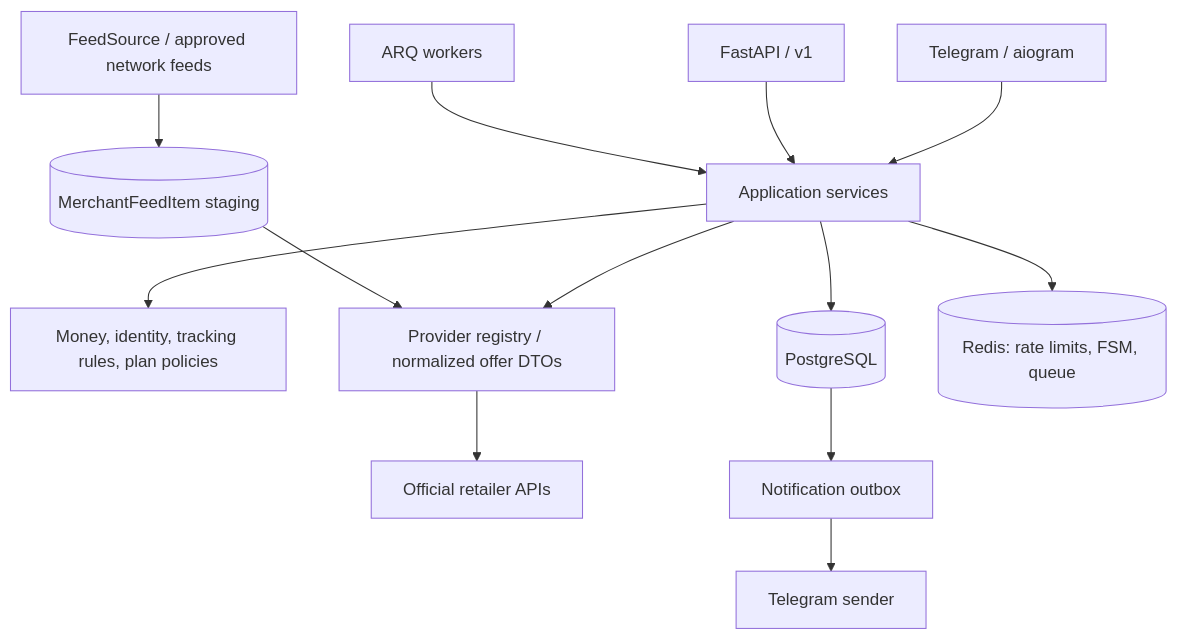
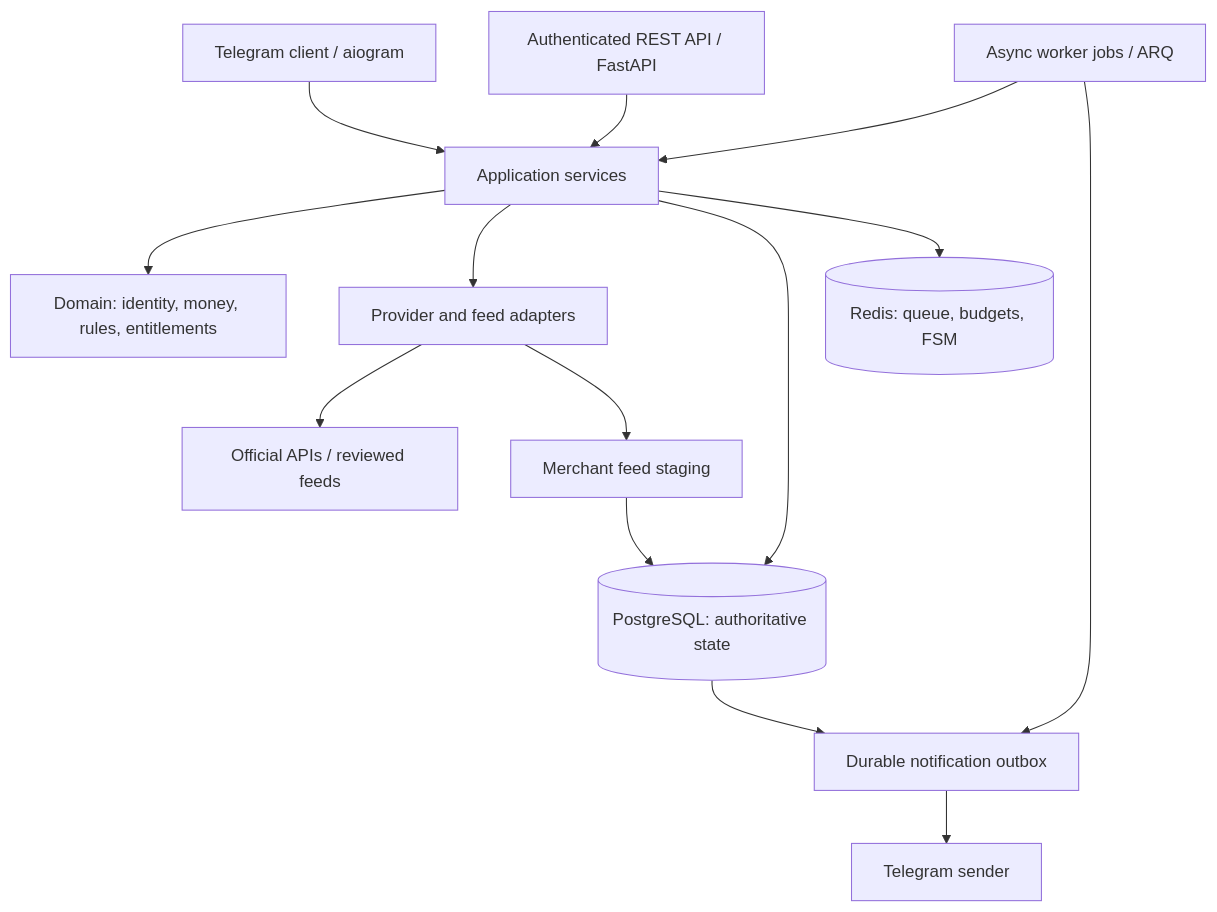
Before and after one commit to SlavaSerdyukov/price_hunter: the diagram in README.md, drawn with Mermaid. The commit also changed other lines of this file and 20 other files, not shown here.

````diff
--- a/README.md
+++ b/README.md
@@ -194,15 +53,16 @@
 ```mermaid
 flowchart TD
-    Bot[Telegram / aiogram] --> Services[Application services]
-    API[FastAPI / v1] --> Services
-    Worker[ARQ workers] --> Services
-    Services --> Domain[Money, identity, tracking rules, plan policies]
-    Services --> Providers[Provider registry / normalized offer DTOs]
-    Services --> DB[(PostgreSQL)]
-    Services --> Redis[(Redis: rate limits, FSM, queue)]
-    Providers --> Retailers[Official retailer APIs]
-    FeedSources[FeedSource / approved network feeds] --> Staging[(MerchantFeedItem staging)]
-    Staging --> Providers
-    DB --> Outbox[Notification outbox]
-    Outbox --> Telegram[Telegram sender]
+    TG[Telegram client / aiogram] --> S[Application services]
+    API[Authenticated REST API / FastAPI] --> S
+    W[Async worker jobs / ARQ] --> S
+    S --> D[Domain: identity, money, rules, entitlements]
+    S --> A[Provider and feed adapters]
+    S --> PG[(PostgreSQL: authoritative state)]
+    S --> R[(Redis: queue, budgets, FSM)]
+    A --> External[Official APIs / reviewed feeds]
+    A --> Stage[Merchant feed staging]
+    Stage --> PG
+    PG --> Outbox[Durable notification outbox]
+    W --> Outbox
+    Outbox --> Sender[Telegram sender]
 ```
````
